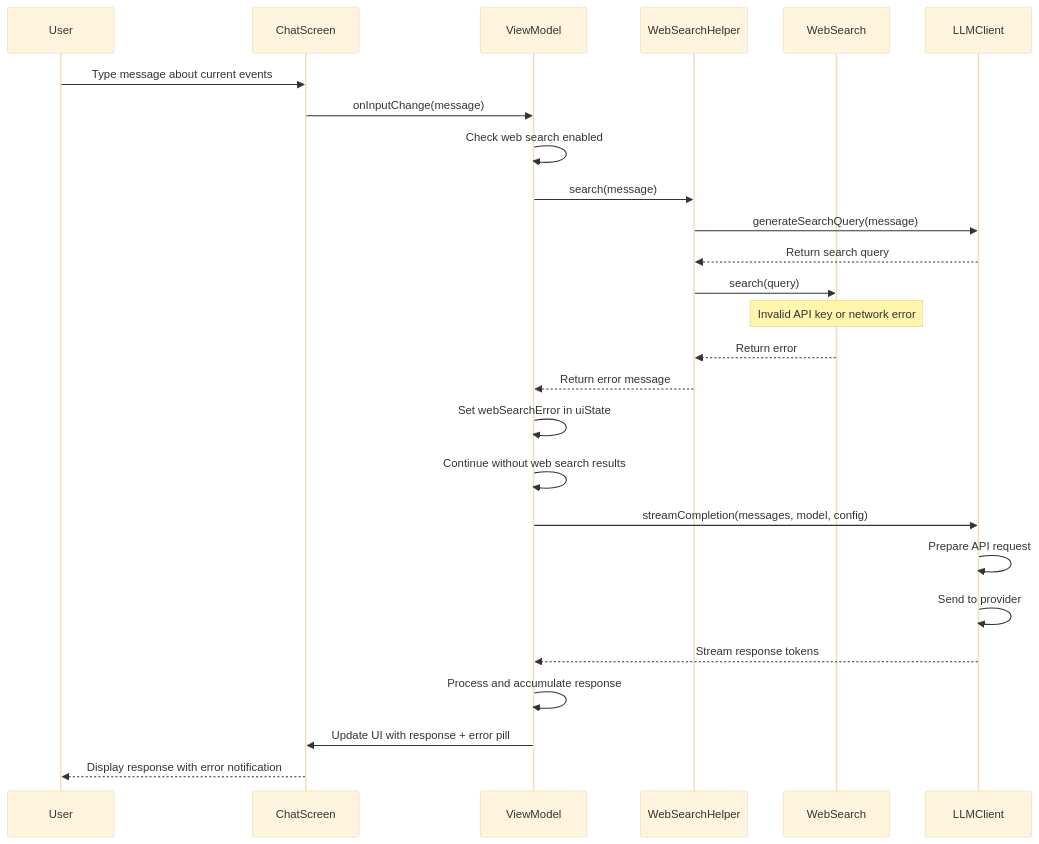
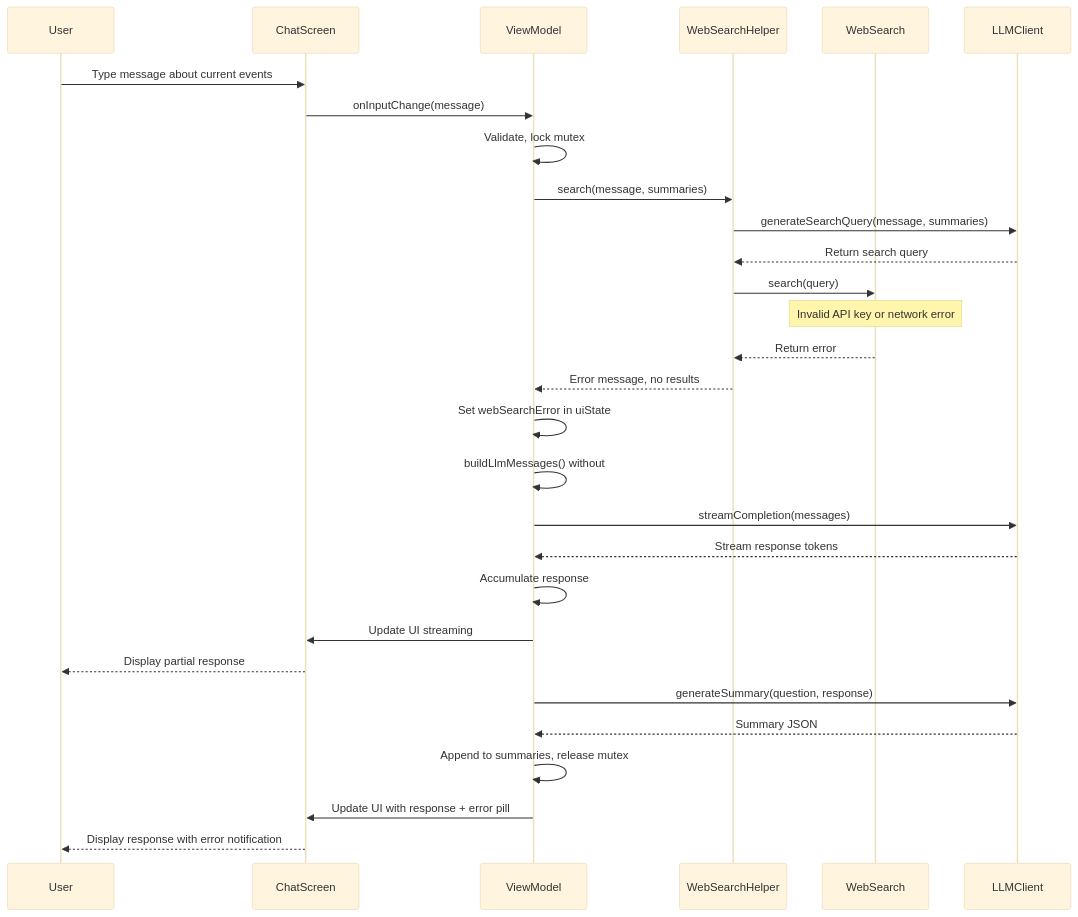
Before and after one commit to lehoang318/buddy: the eighth of 10 diagrams in docs/seq_chat.md, drawn with Mermaid (base theme). The commit also changed other lines of this file and 27 other files, not shown here.

````diff
--- a/docs/seq_chat.md
+++ b/docs/seq_chat.md
@@ -203,29 +226,32 @@
 ```mermaid
 sequenceDiagram
     participant User
     participant ChatScreen
     participant ViewModel
     participant WebSearchHelper
     participant WebSearch
     participant LLMClient
 
     User->>ChatScreen: Type message about current events
     ChatScreen->>ViewModel: onInputChange(message)
-    ViewModel->>ViewModel: Check web search enabled
-    ViewModel->>WebSearchHelper: search(message)
-    WebSearchHelper->>LLMClient: generateSearchQuery(message)
+    ViewModel->>ViewModel: Validate, lock mutex
+    ViewModel->>WebSearchHelper: search(message, summaries)
+    WebSearchHelper->>LLMClient: generateSearchQuery(message, summaries)
     LLMClient-->>WebSearchHelper: Return search query
     WebSearchHelper->>WebSearch: search(query)
     Note over WebSearch: Invalid API key or network error
     WebSearch-->>WebSearchHelper: Return error
-    WebSearchHelper-->>ViewModel: Return error message
+    WebSearchHelper-->>ViewModel: Error message, no results
     ViewModel->>ViewModel: Set webSearchError in uiState
-    ViewModel->>ViewModel: Continue without web search results
-    ViewModel->>LLMClient: streamCompletion(messages, model, config)
-    LLMClient->>LLMClient: Prepare API request
-    LLMClient->>LLMClient: Send to provider
+    ViewModel->>ViewModel: buildLlmMessages() without ## Web Search
+    ViewModel->>LLMClient: streamCompletion(messages)
     LLMClient-->>ViewModel: Stream response tokens
-    ViewModel->>ViewModel: Process and accumulate response
+    ViewModel->>ViewModel: Accumulate response
+    ViewModel->>ChatScreen: Update UI streaming
+    ChatScreen-->>User: Display partial response
+    ViewModel->>LLMClient: generateSummary(question, response)
+    LLMClient-->>ViewModel: Summary JSON
+    ViewModel->>ViewModel: Append to summaries, release mutex
     ViewModel->>ChatScreen: Update UI with response + error pill
     ChatScreen-->>User: Display response with error notification
 ```
````
